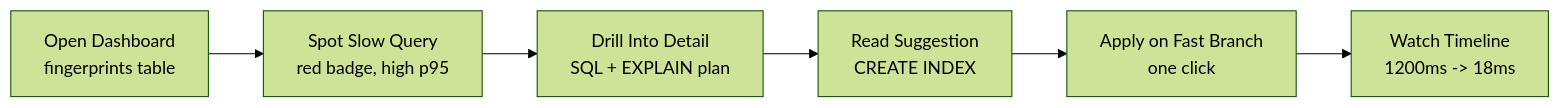
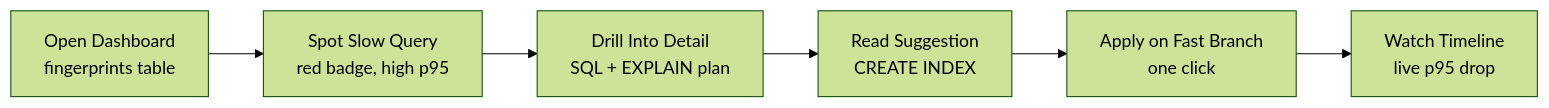
The diagram in docs/DEMO.md (Abdul-Muizz1310/slowquery-dashboard-frontend), drawn with Mermaid (forest theme) before and after one commit. The commit also changed other lines of this file and 5 other files, not shown here.

````diff
--- a/docs/DEMO.md
+++ b/docs/DEMO.md
@@ -5,8 +5,8 @@
 ```mermaid
 flowchart LR
     A[Open Dashboard<br>fingerprints table] --> B[Spot Slow Query<br>red badge, high p95]
     B --> C[Drill Into Detail<br>SQL + EXPLAIN plan]
     C --> D[Read Suggestion<br>CREATE INDEX]
     D --> E[Apply on Fast Branch<br>one click]
-    E --> F[Watch Timeline<br>1200ms -> 18ms]
+    E --> F[Watch Timeline<br>live p95 drop]
 ```
````
